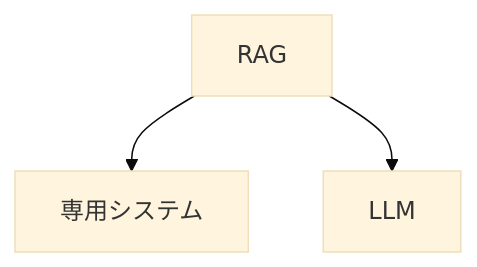
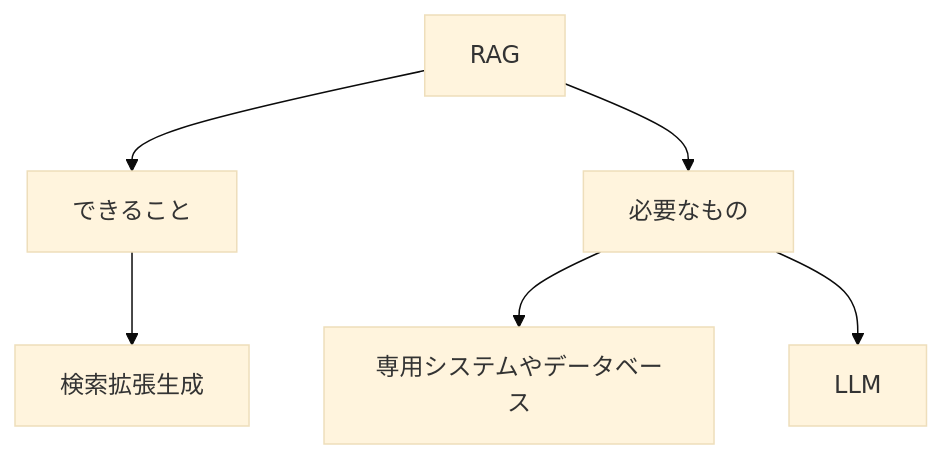
One commit to SparklingDetergent/doc_genai_Proposal_for_introducing_generative_AI_with_emphasis_on_safety changed the eighth of 13 diagrams in README.md. Above: the diagram before and after it, drawn with Mermaid (base theme). The commit also changed other lines of this file, not shown here.

````diff
--- a/README.md
+++ b/README.md
@@ -309,6 +411,8 @@
 ```mermaid
-graph TD;
-    B[RAG];
-    B --> C[専用システム];
-    B --> D[LLM];
+graph TD
+    A[RAG] --> B[できること]
+    B --> C[検索拡張生成]
+    A --> D[必要なもの]
+    D --> E[専用システムやデータベース]
+    D --> F[LLM]
 ```
````
